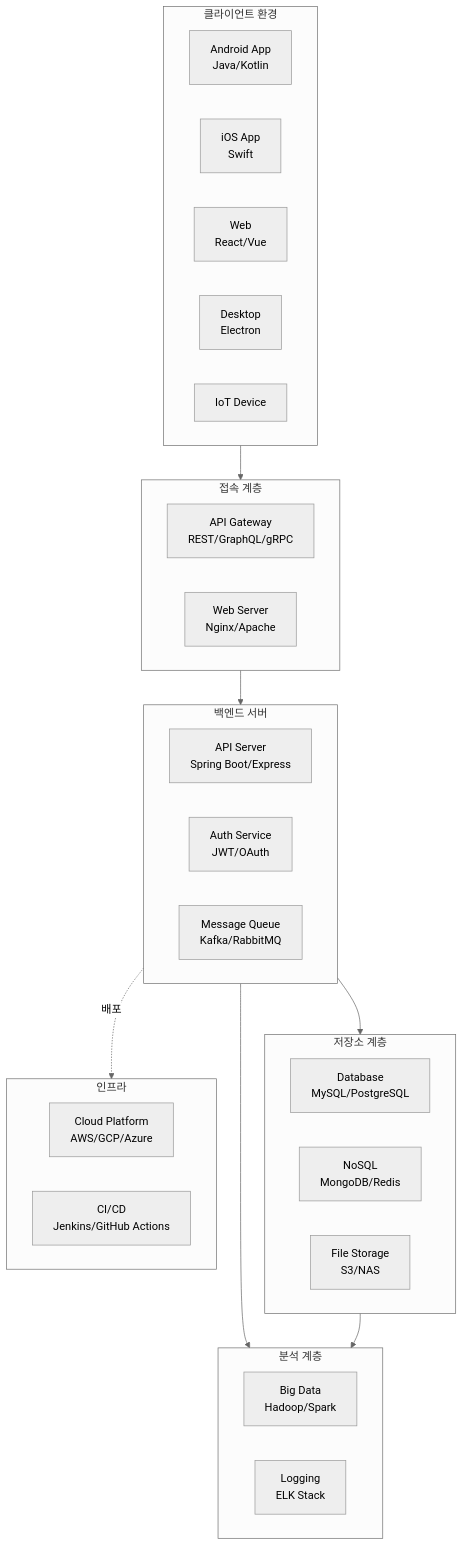
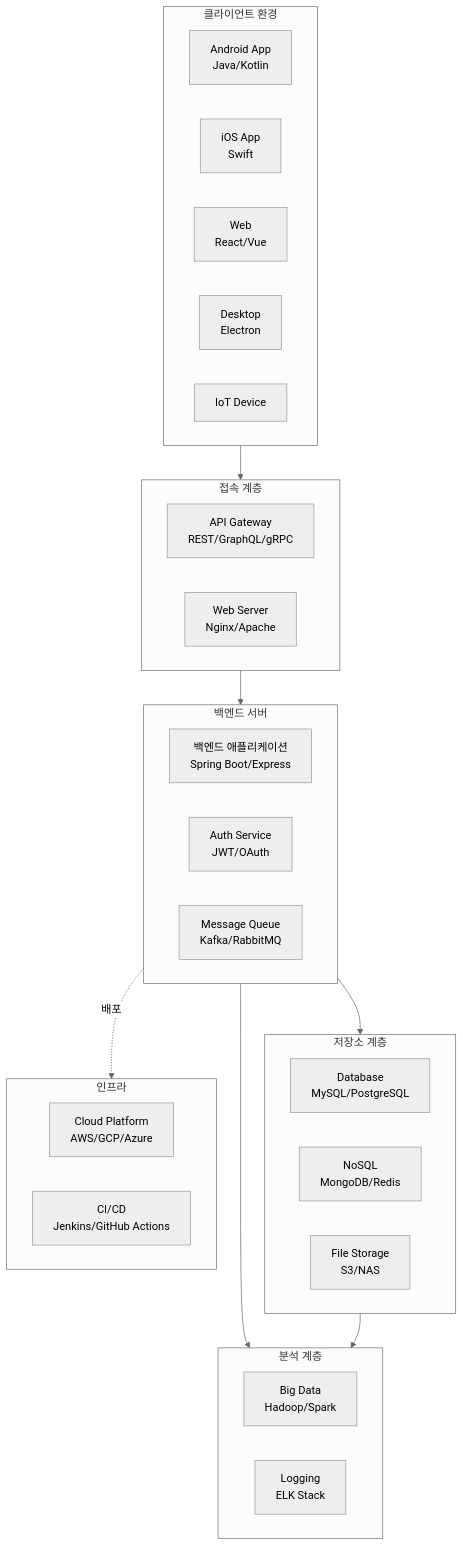
Before and after one commit to lmmj1221/senior_mhealth_lecture: diagram 14 of 52 in docs/backend.md, drawn with Mermaid (neutral theme). The commit also changed other lines of this file, not shown here.

````diff
--- a/docs/backend.md
+++ b/docs/backend.md
@@ -480,44 +649,44 @@
 ```mermaid
 graph TB
     subgraph Client["클라이언트 환경"]
         A1[Android App<br/>Java/Kotlin]
         A2[iOS App<br/>Swift]
         A3[Web<br/>React/Vue]
         A4[Desktop<br/>Electron]
         A5[IoT Device]
     end
 
     subgraph Gateway["접속 계층"]
         B1[API Gateway<br/>REST/GraphQL/gRPC]
         B2[Web Server<br/>Nginx/Apache]
     end
 
     subgraph Backend["백엔드 서버"]
-        C1[API Server<br/>Spring Boot/Express]
+        C1[백엔드 애플리케이션<br/>Spring Boot/Express]
         C2[Auth Service<br/>JWT/OAuth]
         C3[Message Queue<br/>Kafka/RabbitMQ]
     end
 
     subgraph Storage["저장소 계층"]
         D1[Database<br/>MySQL/PostgreSQL]
         D2[NoSQL<br/>MongoDB/Redis]
         D3[File Storage<br/>S3/NAS]
     end
 
     subgraph Analytics["분석 계층"]
         E1[Big Data<br/>Hadoop/Spark]
         E2[Logging<br/>ELK Stack]
     end
 
     subgraph Infrastructure["인프라"]
         F1[Cloud Platform<br/>AWS/GCP/Azure]
         F2[CI/CD<br/>Jenkins/GitHub Actions]
     end
 
     Client --> Gateway
     Gateway --> Backend
     Backend --> Storage
     Backend --> Analytics
     Storage --> Analytics
     Backend -.배포.-> Infrastructure
 ```
````
